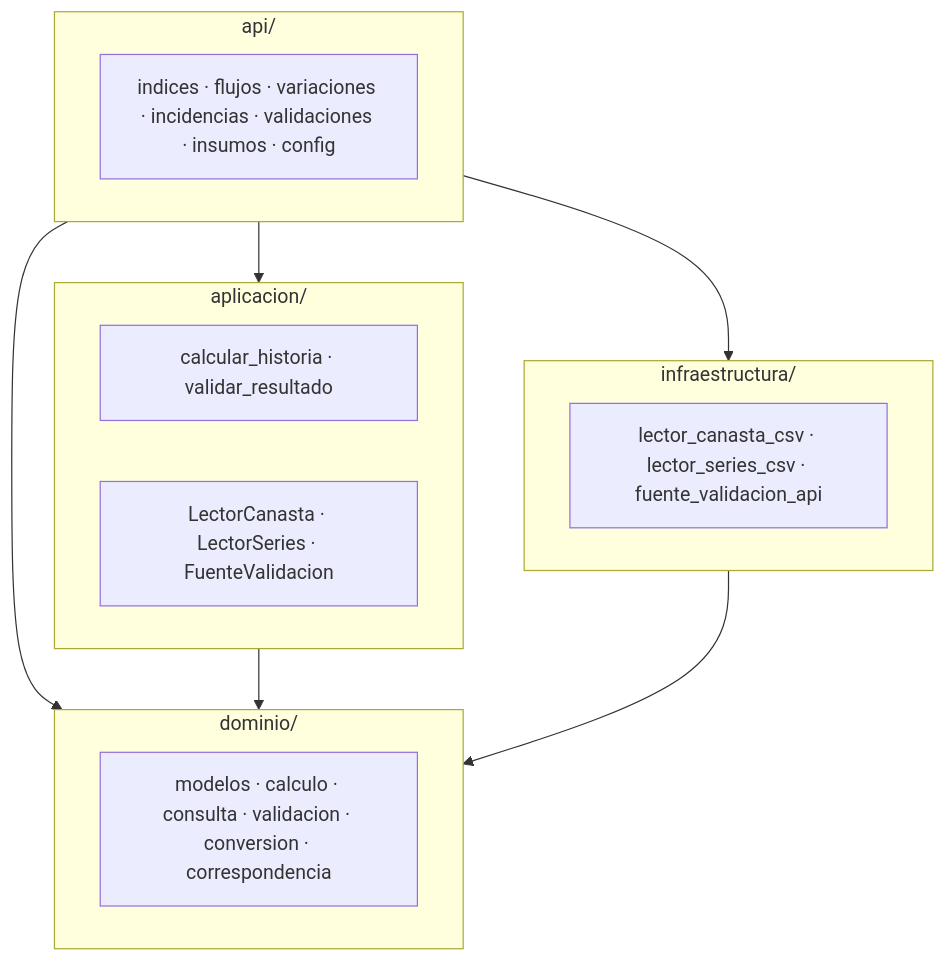
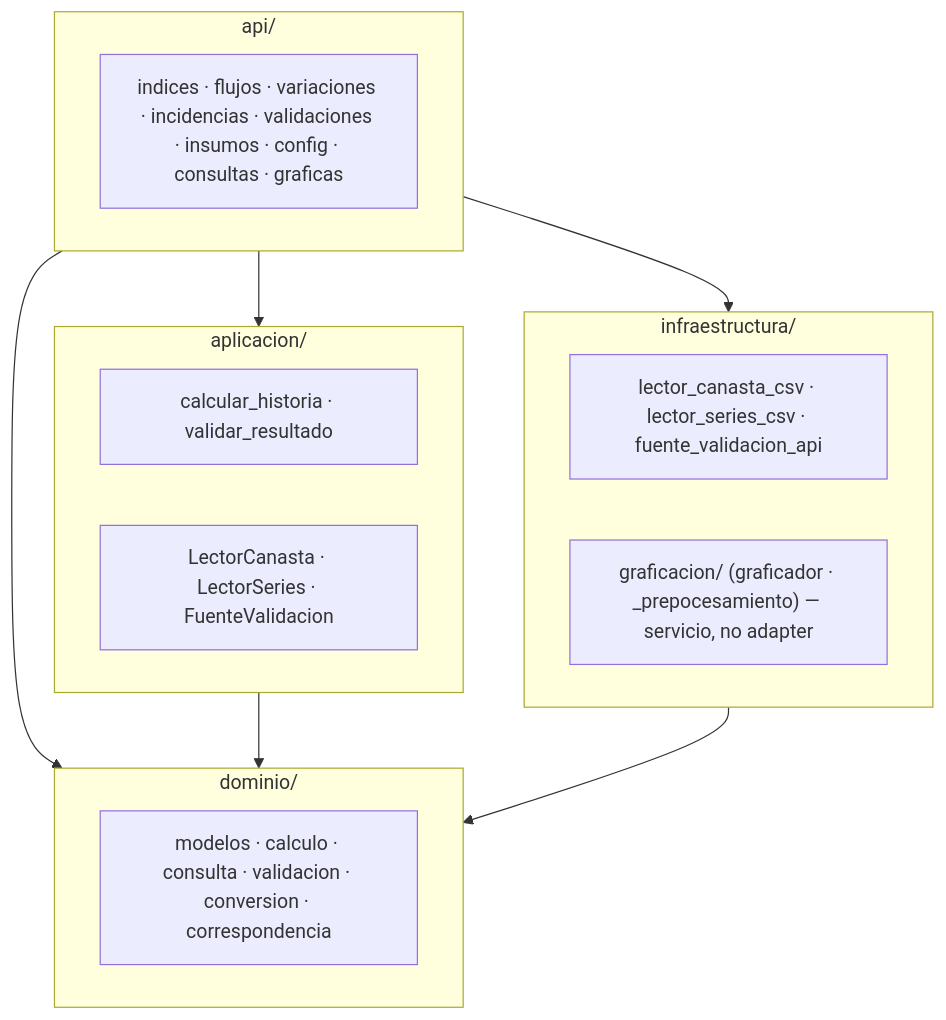
Before and after one commit to 2kom/replica-inpc-mx: the first of 2 diagrams in docs/diseño.md, drawn with Mermaid. The commit also changed other lines of this file and 11 other files, not shown here.

````diff
--- a/docs/diseño.md
+++ b/docs/diseño.md
@@ -127,22 +118,23 @@
 ```mermaid
 graph TD
     subgraph API["api/"]
-        A["indices · flujos · variaciones · incidencias · validaciones · insumos · config"]
+        A["indices · flujos · variaciones · incidencias · validaciones · insumos · config · consultas · graficas"]
     end
     subgraph APP["aplicacion/"]
         B["calcular_historia · validar_resultado"]
         C["LectorCanasta · LectorSeries · FuenteValidacion"]
     end
     subgraph DOM["dominio/"]
         D["modelos · calculo · consulta · validacion · conversion · correspondencia"]
     end
     subgraph INFRA["infraestructura/"]
         E["lector_canasta_csv · lector_series_csv · fuente_validacion_api"]
+        F["graficacion/ (graficador · _prepocesamiento) — servicio, no adapter"]
     end
 
     API --> DOM
     API --> APP
     API --> INFRA
     APP --> DOM
     INFRA --> DOM
 ```
````
